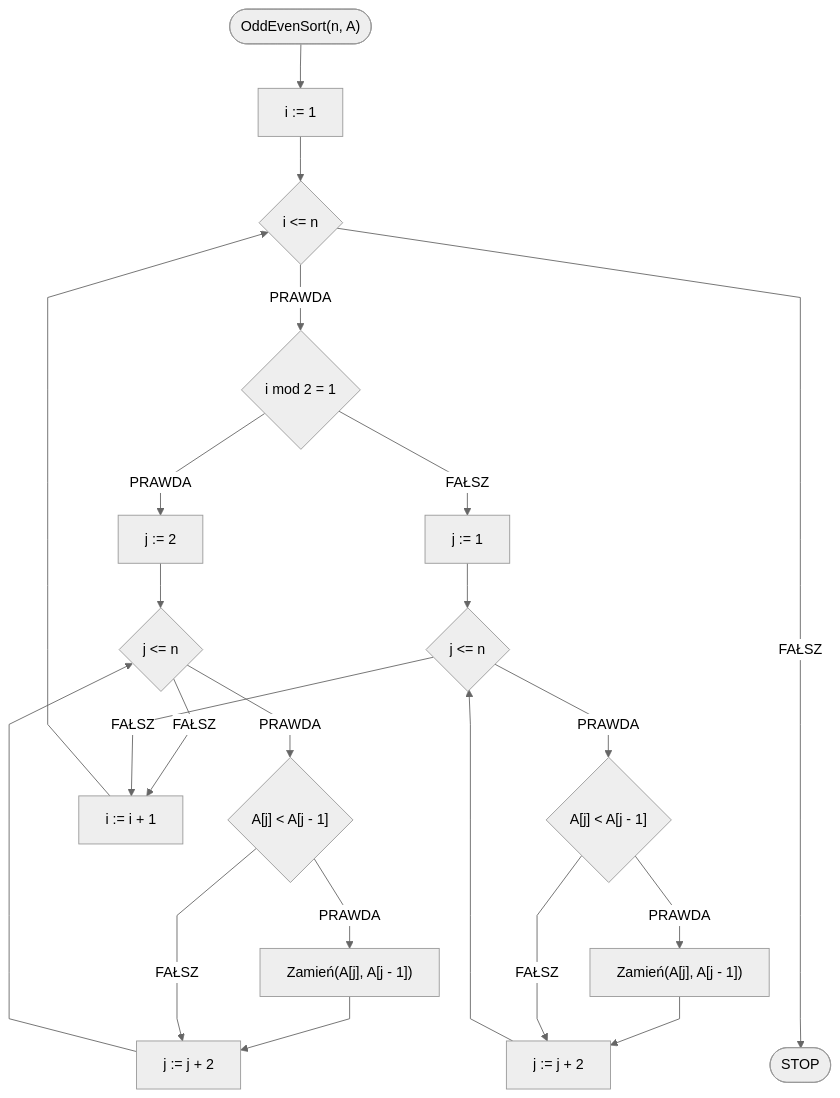
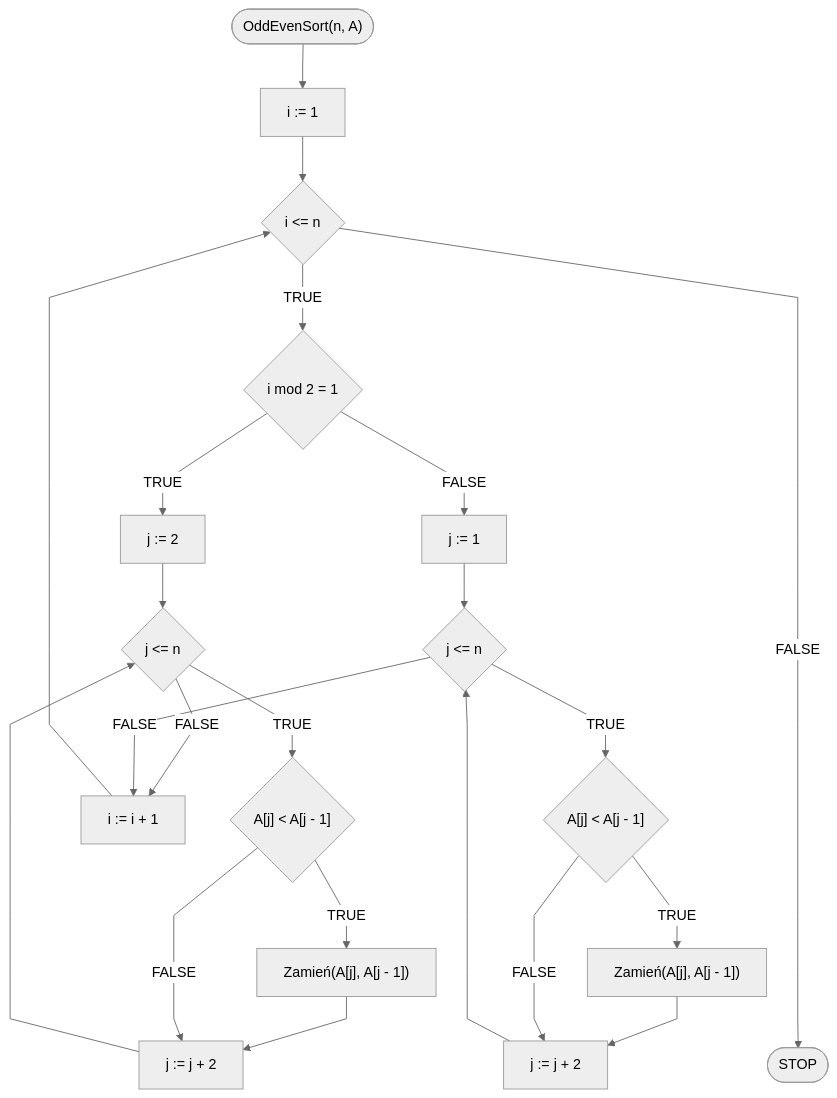
Before and after one commit to blackbat13/edu-cs-htiew-en: the diagram in docs/algorithms/sorting/odd-even-sort.md, drawn with Mermaid. The commit also changed other lines of this file and 682 other files, not shown here.

````diff
--- a/docs/algorithms/sorting/odd-even-sort.md
+++ b/docs/algorithms/sorting/odd-even-sort.md
@@ -40,25 +40,25 @@
 ```mermaid
 %%{init: {"flowchart": {"curve": "linear"}, "theme": "neutral"} }%%
 flowchart TD
     START(["OddEvenSort(n, A)"]) --> K0[i := 1]
     K0 --> K1{i <= n}
-    K1 -- PRAWDA --> K2{i mod 2 = 1}
-    K2 -- PRAWDA --> K3p[j := 2]
+    K1 -- TRUE --> K2{i mod 2 = 1}
+    K2 -- TRUE --> K3p[j := 2]
     K3p --> K3{j <= n}
-    K3 -- PRAWDA --> K4{"A[j] < A[j - 1]"}
-    K4 -- PRAWDA --> K5["Zamień(A[j], A[j - 1])"]
+    K3 -- TRUE --> K4{"A[j] < A[j - 1]"}
+    K4 -- TRUE --> K5["Zamień(A[j], A[j - 1])"]
     K5 --> K3i[j := j + 2]
-    K4 -- FAŁSZ --> K3i
+    K4 -- FALSE --> K3i
     K3i --> K3
-    K3 -- FAŁSZ --> K1i[i := i + 1]
-    K2 -- FAŁSZ --> K7p[j := 1]
+    K3 -- FALSE --> K1i[i := i + 1]
+    K2 -- FALSE --> K7p[j := 1]
     K7p --> K7{j <= n}
-    K7 -- PRAWDA --> K8{"A[j] < A[j - 1]"}
-    K8 -- PRAWDA --> K9["Zamień(A[j], A[j - 1])"]
+    K7 -- TRUE --> K8{"A[j] < A[j - 1]"}
+    K8 -- TRUE --> K9["Zamień(A[j], A[j - 1])"]
     K9 --> K7i[j := j + 2]
-    K8 -- FAŁSZ --> K7i
+    K8 -- FALSE --> K7i
     K7i --> K7
-    K7 -- FAŁSZ --> K1i
+    K7 -- FALSE --> K1i
     K1i --> K1
-    K1 -- FAŁSZ -------> STOP([STOP])
+    K1 -- FALSE -------> STOP([STOP])
 ```
````
